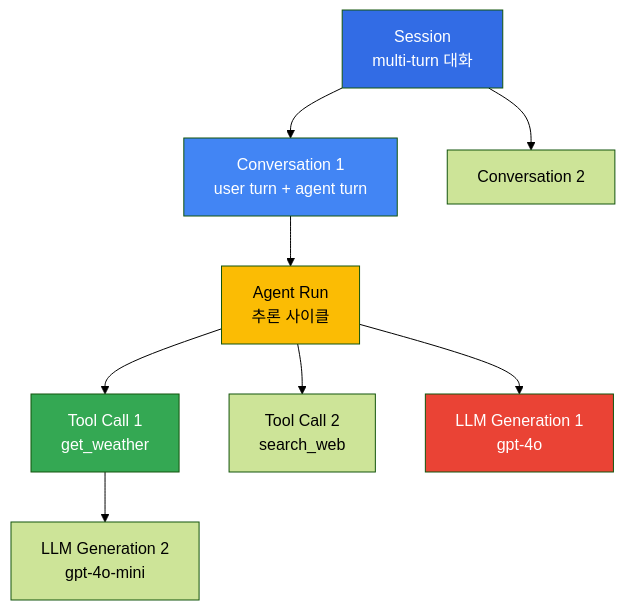
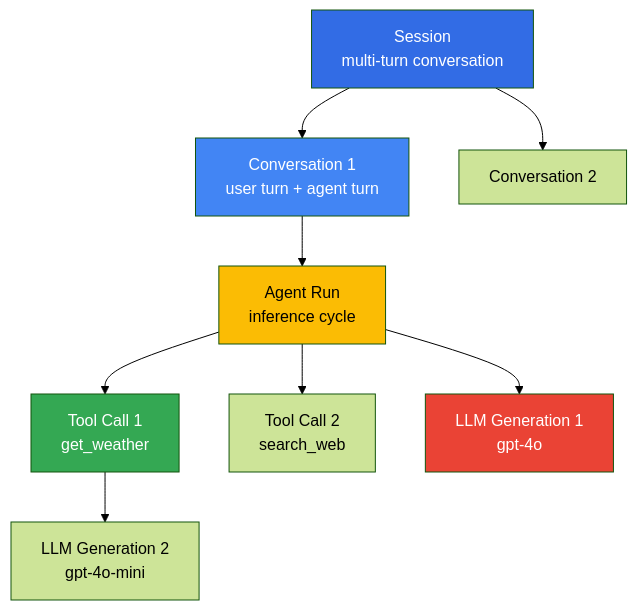
Before and after one commit to devfloor9/engineering-playbook: the second of 2 diagrams in docs/aidlc/operations/agentic-metrics.md, drawn with Mermaid (forest theme). The commit also changed other lines of this file and 954 other files, not shown here.

````diff
--- a/docs/aidlc/operations/agentic-metrics.md
+++ b/docs/aidlc/operations/agentic-metrics.md
@@ -283,26 +285,26 @@
 ```mermaid
 flowchart TB
-    SESSION[Session<br/>multi-turn 대화]
+    SESSION[Session<br/>multi-turn conversation]
     CONV1[Conversation 1<br/>user turn + agent turn]
     CONV2[Conversation 2]
 
-    AGENT_RUN[Agent Run<br/>추론 사이클]
+    AGENT_RUN[Agent Run<br/>inference cycle]
     TOOL1[Tool Call 1<br/>get_weather]
     TOOL2[Tool Call 2<br/>search_web]
     LLM1[LLM Generation 1<br/>gpt-4o]
     LLM2[LLM Generation 2<br/>gpt-4o-mini]
 
     SESSION --> CONV1
     SESSION --> CONV2
     CONV1 --> AGENT_RUN
     AGENT_RUN --> TOOL1
     AGENT_RUN --> TOOL2
     AGENT_RUN --> LLM1
     TOOL1 --> LLM2
 
     style SESSION fill:#326ce5,color:#fff
     style CONV1 fill:#4285f4,color:#fff
     style AGENT_RUN fill:#fbbc04,color:#000
     style TOOL1 fill:#34a853,color:#fff
     style LLM1 fill:#ea4335,color:#fff
 ```
````
